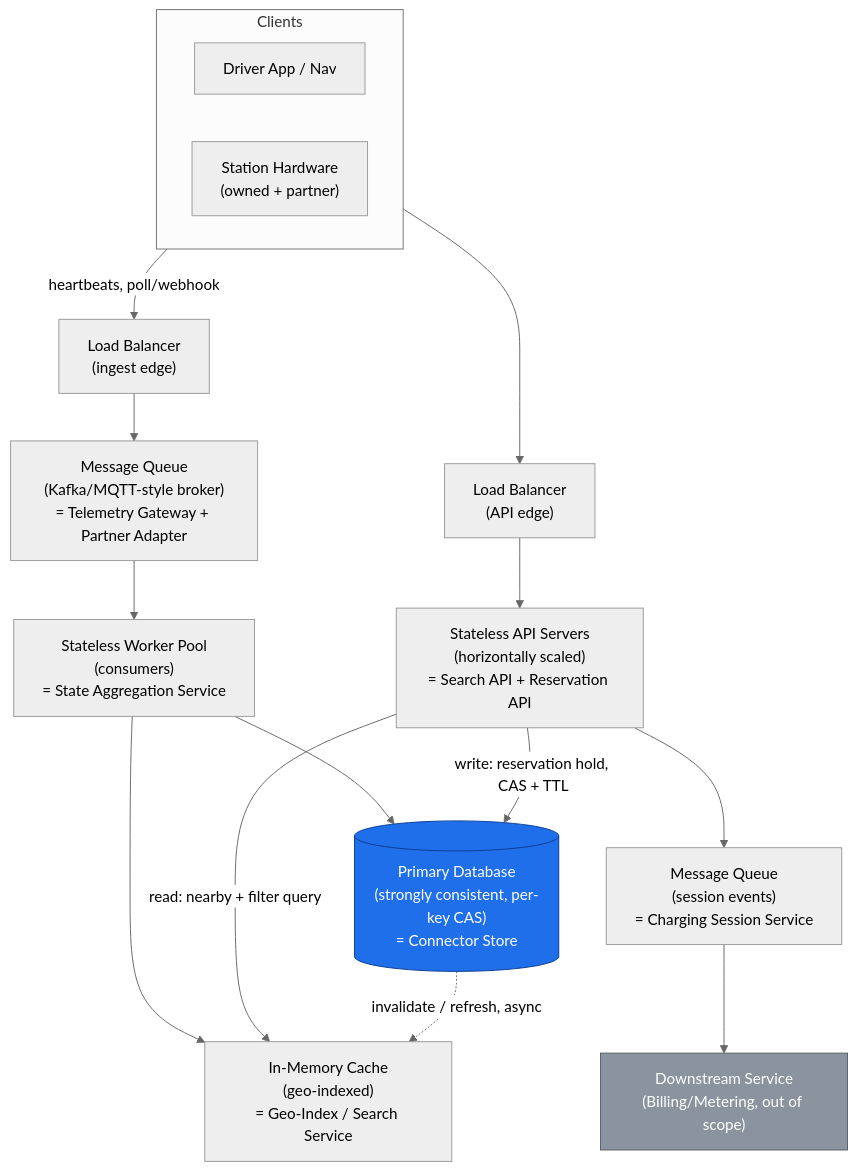
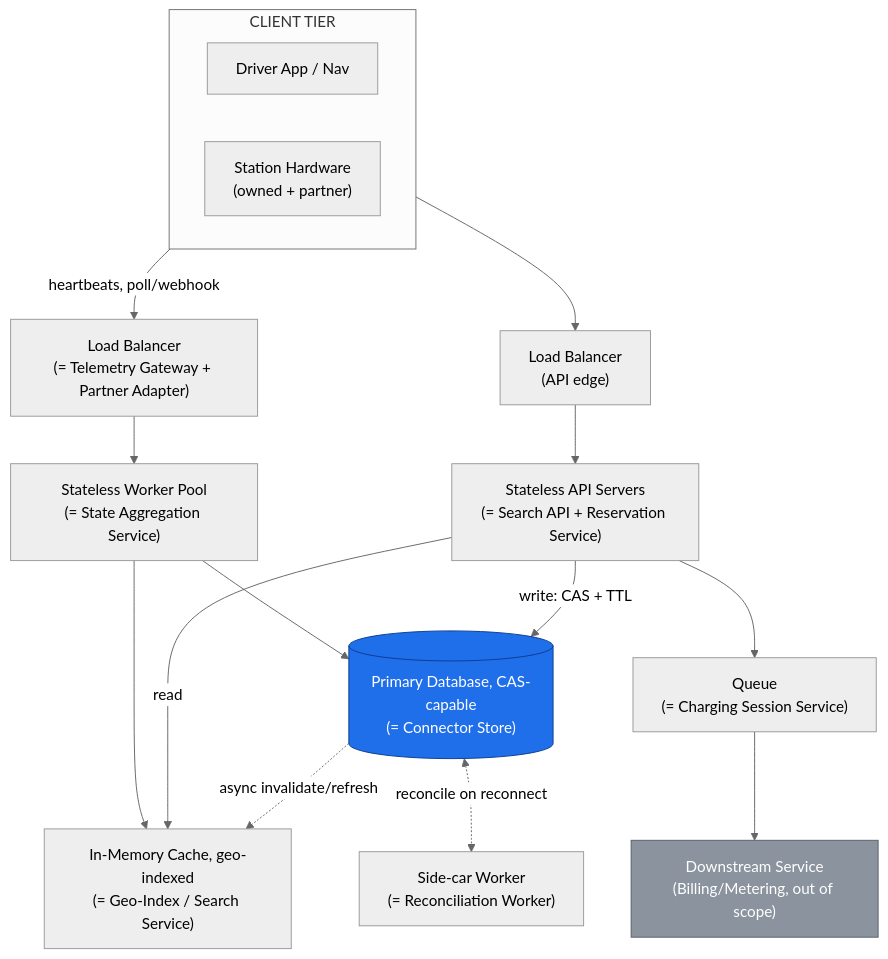
Before and after one commit to LittleWhiteCat-dominant/leetcode-interviews: the second of 2 diagrams in sd/charging-station-availability-reservation-network.md, drawn with Mermaid (neutral theme). The commit also changed other lines of this file and 9 other files, not shown here.

````diff
--- a/sd/charging-station-availability-reservation-network.md
+++ b/sd/charging-station-availability-reservation-network.md
@@ -229,30 +229,29 @@
 ```mermaid
 flowchart TB
-    subgraph CLIENTS["Clients"]
+    subgraph CLIENTS["CLIENT TIER"]
         direction LR
         DRIVER["Driver App / Nav"]
         STATIONS["Station Hardware\n(owned + partner)"]
     end
 
-    STATIONS -->|heartbeats, poll/webhook| LB1["Load Balancer\n(ingest edge)"]
-    LB1 --> MQ["Message Queue\n(Kafka/MQTT-style broker)\n= Telemetry Gateway + Partner Adapter"]
-
-    MQ --> WORKER["Stateless Worker Pool\n(consumers)\n= State Aggregation Service"]
-    WORKER --> DB[("Primary Database\n(strongly consistent, per-key CAS)\n= Connector Store")]
-    WORKER --> CACHE["In-Memory Cache\n(geo-indexed)\n= Geo-Index / Search Service"]
+    STATIONS -->|heartbeats, poll/webhook| LB1["Load Balancer\n(= Telemetry Gateway + Partner Adapter)"]
+    LB1 --> WORKER["Stateless Worker Pool\n(= State Aggregation Service)"]
+    WORKER --> DB[("Primary Database, CAS-capable\n(= Connector Store)")]
+    WORKER --> CACHE["In-Memory Cache, geo-indexed\n(= Geo-Index / Search Service)"]
 
     DRIVER --> LB2["Load Balancer\n(API edge)"]
-    LB2 --> APISRV["Stateless API Servers\n(horizontally scaled)\n= Search API + Reservation API"]
+    LB2 --> APISRV["Stateless API Servers\n(= Search API + Reservation Service)"]
+    APISRV -->|read| CACHE
+    APISRV -->|write: CAS + TTL| DB
+    DB -.->|async invalidate/refresh| CACHE
 
-    APISRV -->|read: nearby + filter query| CACHE
-    APISRV -->|write: reservation hold, CAS + TTL| DB
-    DB -.->|invalidate / refresh, async| CACHE
+    APISRV --> QUEUE2["Queue\n(= Charging Session Service)"]
+    QUEUE2 --> BILLING["Downstream Service\n(Billing/Metering, out of scope)"]
 
-    APISRV --> QUEUE2["Message Queue\n(session events)\n= Charging Session Service"]
-    QUEUE2 --> BILLING["Downstream Service\n(Billing/Metering, out of scope)"]
+    DB <-.->|reconcile on reconnect| RECON["Side-car Worker\n(= Reconciliation Worker)"]
 
     classDef store fill:#1f6feb,stroke:#0b3d91,color:#fff;
     classDef outscope fill:#8b949e,stroke:#57606a,color:#fff;
     class DB store;
     class BILLING outscope;
 ```
````
